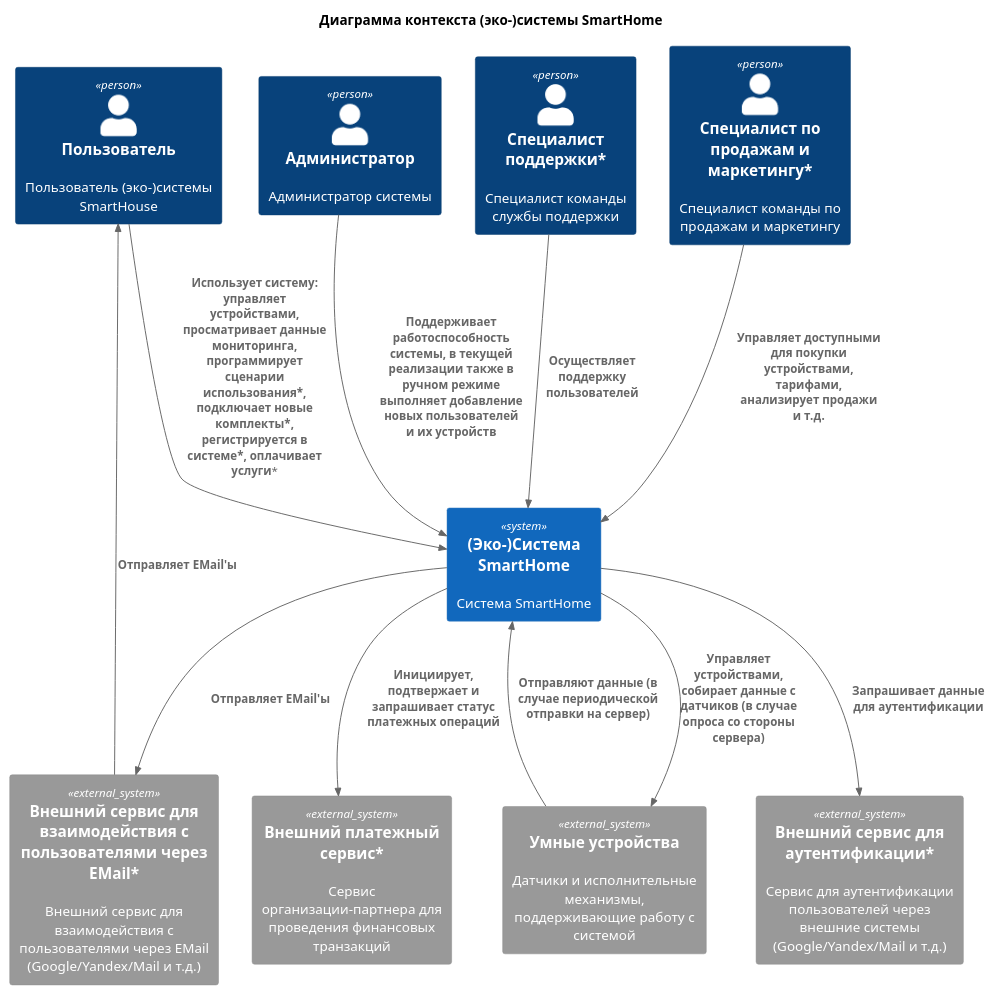
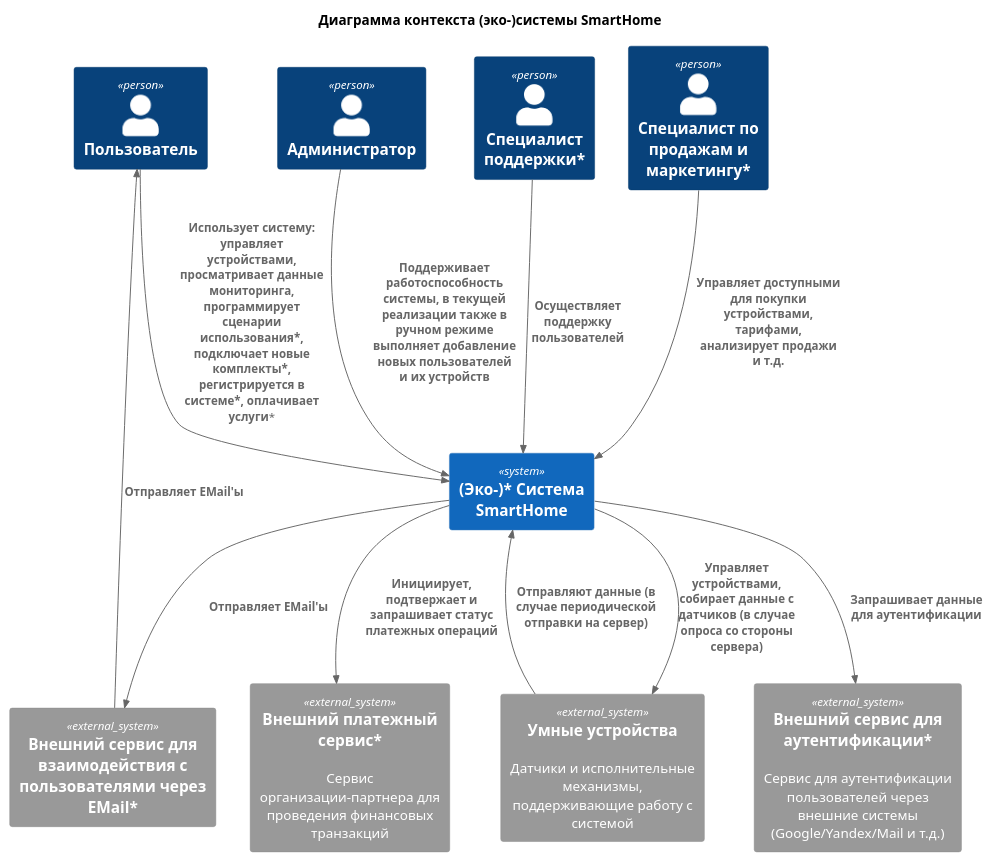
The diagram in diagrams/context/context.puml (TAraya/architecture-sprint-3), drawn with PlantUML before and after one commit. The commit also changed 13 other files, not shown here.

```diff
--- a/diagrams/context/context.puml
+++ b/diagrams/context/context.puml
@@ -1,32 +1,32 @@
 @startuml
 title Диаграмма контекста (эко-)системы SmartHome
 
 top to bottom direction
 
 !include C4_Context.puml
 
-Person(User, "Пользователь", "Пользователь (эко-)системы SmartHouse")
-Person(Admin, "Администратор", "Администратор системы")
-Person(Support, "Специалист поддержки*", "Специалист команды службы поддержки")
-Person(Marketing, "Специалист по продажам и маркетингу*", "Специалист команды по продажам и маркетингу")
+Person(User, "Пользователь", "")
+Person(Admin, "Администратор", "")
+Person(Support, "Специалист поддержки*", "")
+Person(Marketing, "Специалист по продажам и маркетингу*", "")
 
-System(SmartHome, "(Эко-)Система SmartHome", "Система SmartHome")
+System(SmartHome, "(Эко-)* Система SmartHome", "")
 
 System_Ext(SmartDevices, "Умные устройства", "Датчики и исполнительные механизмы, поддерживающие работу с системой")
 System_Ext(PaymentService, "Внешний платежный сервис*", "Сервис организации-партнера для проведения финансовых транзакций")
-System_Ext(EMailService, "Внешний сервис для взаимодействия с пользователями через EMail*", "Внешний сервис для взаимодействия с пользователями через EMail (Google/Yandex/Mail и т.д.)")
+System_Ext(EMailService, "Внешний сервис для взаимодействия с пользователями через EMail*", "")
 System_Ext(OAuthProvider, "Внешний сервис для аутентификации*", "Сервис для аутентификации пользователей через внешние системы (Google/Yandex/Mail и т.д.)")
 
 Rel(User, SmartHome, "Использует систему: управляет устройствами, просматривает данные мониторинга, программирует сценарии использования*, подключает новые комплекты*, регистрируется в системе*, оплачивает услуги*")
 Rel(Admin, SmartHome, "Поддерживает работоспособность системы, в текущей реализации также в ручном режиме выполняет добавление новых пользователей и их устройств")
 Rel(Support, SmartHome, "Осуществляет поддержку пользователей")
 Rel(Marketing, SmartHome, "Управляет доступными для покупки устройствами, тарифами, анализирует продажи и т.д.")
 
 Rel(SmartHome, SmartDevices, "Управляет устройствами, собирает данные с датчиков (в случае опроса со стороны сервера)")
 Rel(SmartDevices, SmartHome, "Отправляют данные (в случае периодической отправки на сервер)")
 Rel(SmartHome, PaymentService, "Инициирует, подтвержает и запрашивает статус платежных операций")
 Rel(SmartHome, EMailService, "Отправляет EMail'ы")
 Rel(SmartHome, OAuthProvider, "Запрашивает данные для аутентификации")
 Rel(EMailService, User, "Отправляет EMail'ы")
 
 @enduml
```
